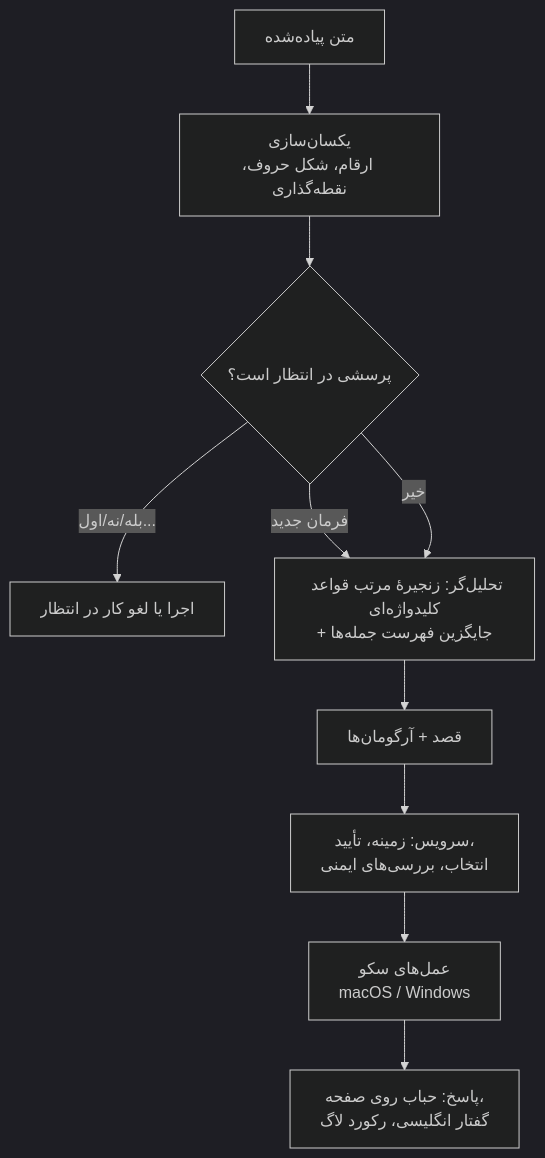
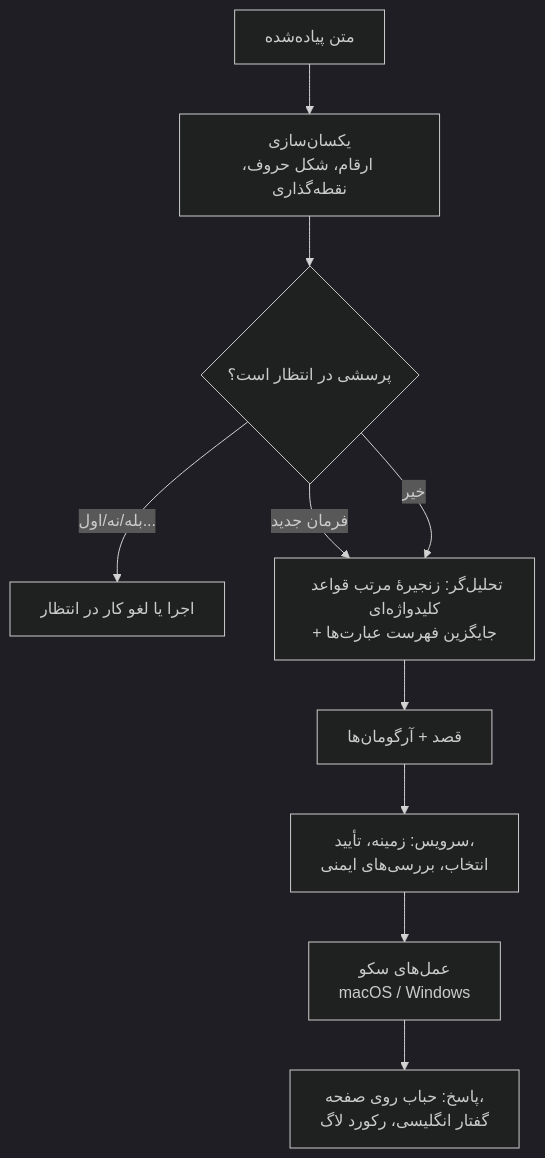
The fifth of 7 diagrams in docs/REPORT-FA.md (faceesmart/guya), drawn with Mermaid (dark theme) before and after one commit. The commit also changed other lines of this file and 1 other file, not shown here.

````diff
--- a/docs/REPORT-FA.md
+++ b/docs/REPORT-FA.md
@@ -503,12 +522,12 @@
 ```mermaid
 flowchart TD
     T[متن پیاده‌شده] --> N[یکسان‌سازی<br/>ارقام، شکل حروف، نقطه‌گذاری]
     N --> Pn{پرسشی در انتظار است؟}
     Pn -- بله/نه/اول... --> X[اجرا یا لغو کار در انتظار]
     Pn -- فرمان جدید --> Pr
-    Pn -- خیر --> Pr[تحلیل‌گر: زنجیرهٔ مرتب قواعد کلیدواژه‌ای<br/>+ جایگزین فهرست جمله‌ها]
+    Pn -- خیر --> Pr[تحلیل‌گر: زنجیرهٔ مرتب قواعد کلیدواژه‌ای<br/>+ جایگزین فهرست عبارت‌ها]
     Pr --> I[قصد + آرگومان‌ها]
     I --> Sv[سرویس: زمینه، تأیید،<br/>انتخاب، بررسی‌های ایمنی]
     Sv --> Ac[عمل‌های سکو<br/>macOS / Windows]
     Ac --> F[پاسخ: حباب روی صفحه،<br/>گفتار انگلیسی، رکورد لاگ]
 ```
````
